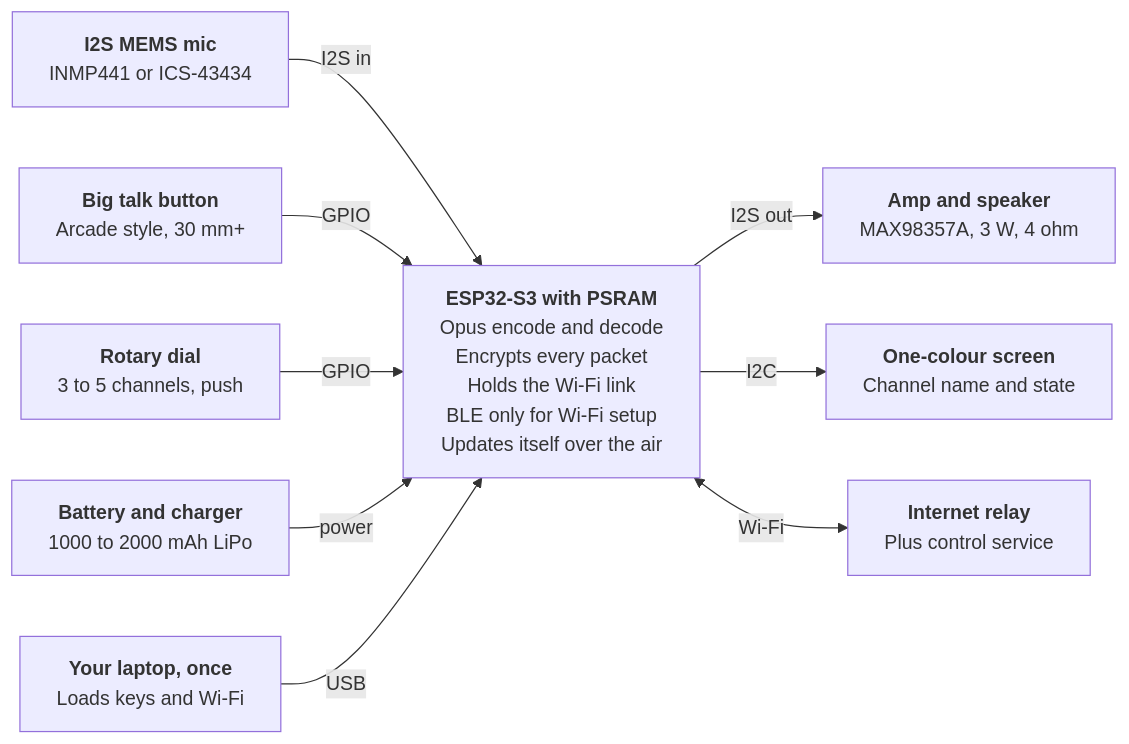
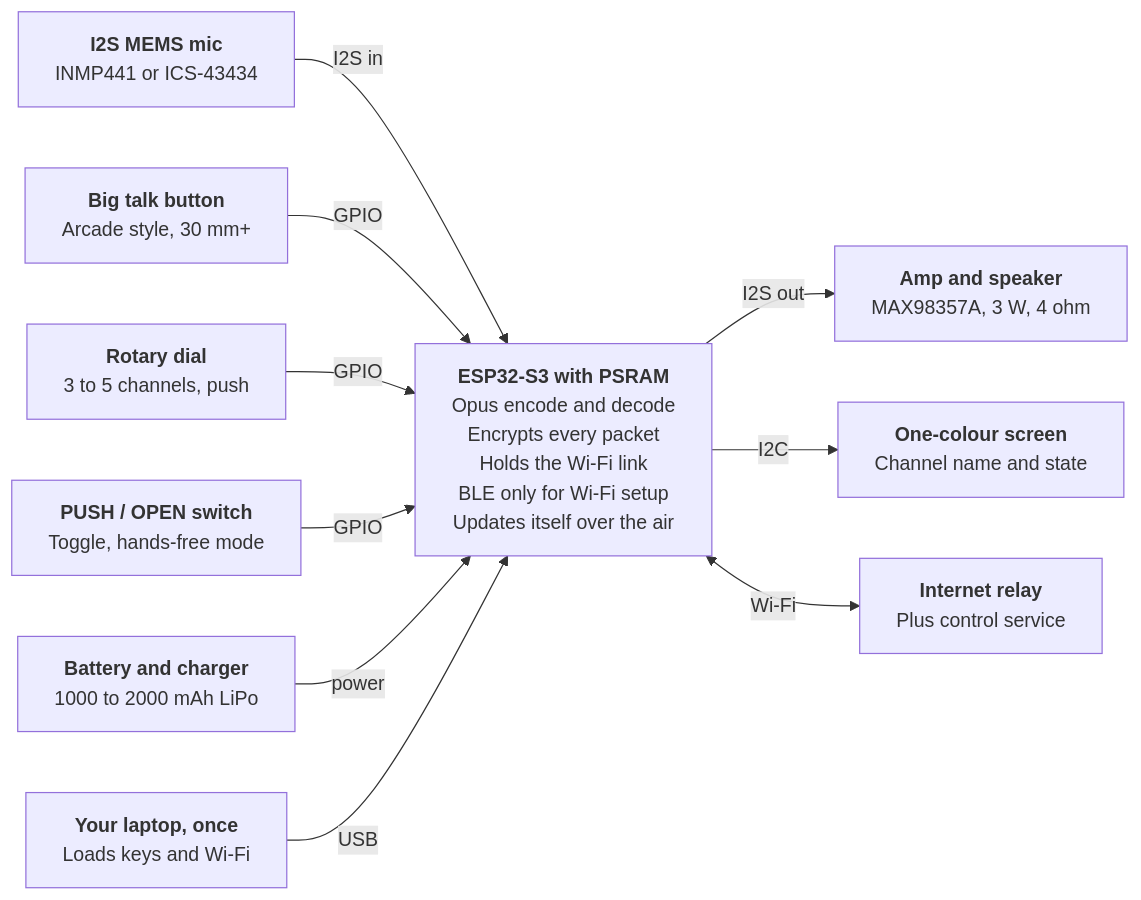
The diagram in Walkie-Talkie Beyond the R1 Minimum Hardware.md (cgbarlow/walkie-talkie), drawn with Mermaid before and after one commit. The commit also changed other lines of this file and 6 other files, not shown here.

First line of the commit message:
Settle on the Transistor look, add open channel mode to the docs

````diff
--- a/Walkie-Talkie Beyond the R1 Minimum Hardware.md
+++ b/Walkie-Talkie Beyond the R1 Minimum Hardware.md
@@ -182,12 +183,13 @@
 ```mermaid
 flowchart LR
   MIC["<b>I2S MEMS mic</b><br/>INMP441 or ICS-43434"] -->|I2S in| ESP
   BTN["<b>Big talk button</b><br/>Arcade style, 30 mm+"] -->|GPIO| ESP
   DIAL["<b>Rotary dial</b><br/>3 to 5 channels, push"] -->|GPIO| ESP
+  SW["<b>PUSH / OPEN switch</b><br/>Toggle, hands-free mode"] -->|GPIO| ESP
   BAT["<b>Battery and charger</b><br/>1000 to 2000 mAh LiPo"] -->|power| ESP
   ESP["<b>ESP32-S3 with PSRAM</b><br/>Opus encode and decode<br/>Encrypts every packet<br/>Holds the Wi-Fi link<br/>BLE only for Wi-Fi setup<br/>Updates itself over the air"]
   ESP -->|I2S out| AMP["<b>Amp and speaker</b><br/>MAX98357A, 3 W, 4 ohm"]
   ESP -->|I2C| SCR["<b>One-colour screen</b><br/>Channel name and state"]
   ESP <-->|Wi-Fi| REL["<b>Internet relay</b><br/>Plus control service"]
   LAP["<b>Your laptop, once</b><br/>Loads keys and Wi-Fi"] -->|USB| ESP
 ```
````
